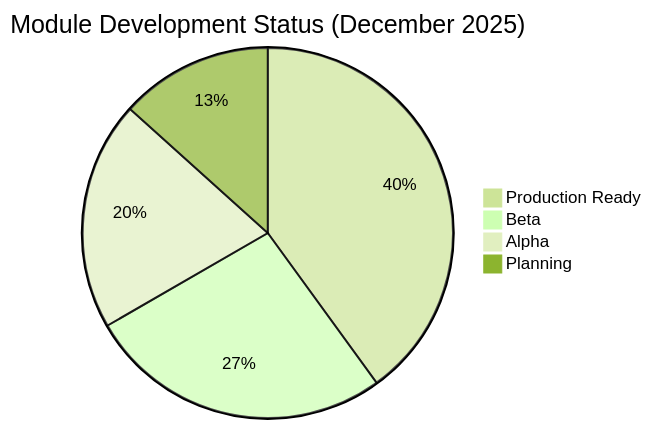
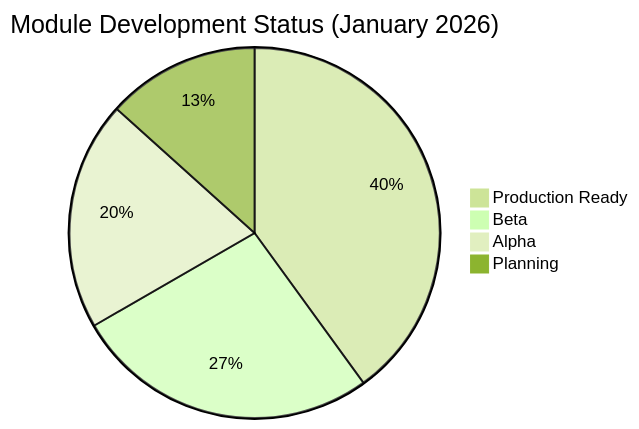
One commit to docxology/codomyrmex changed diagram 12 of 12 in README.md. Above: the diagram before and after it, drawn with Mermaid (forest theme). The commit also changed other lines of this file and 2217 other files, not shown here.

````diff
--- a/README.md
+++ b/README.md
@@ -1307,7 +1307,7 @@
 ```mermaid
-pie title Module Development Status (December 2025)
+pie title Module Development Status (January 2026)
     "Production Ready" : 12
     "Beta" : 8
     "Alpha" : 6
     "Planning" : 4
 ```
````
